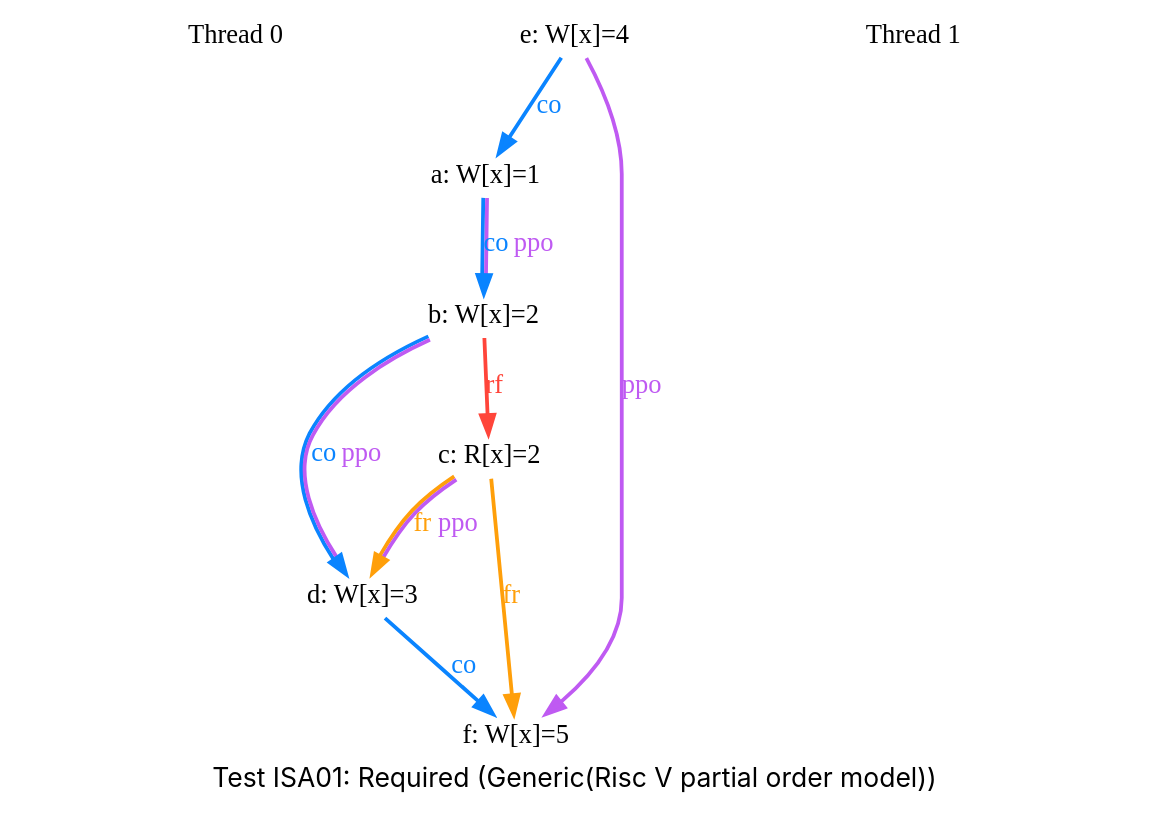
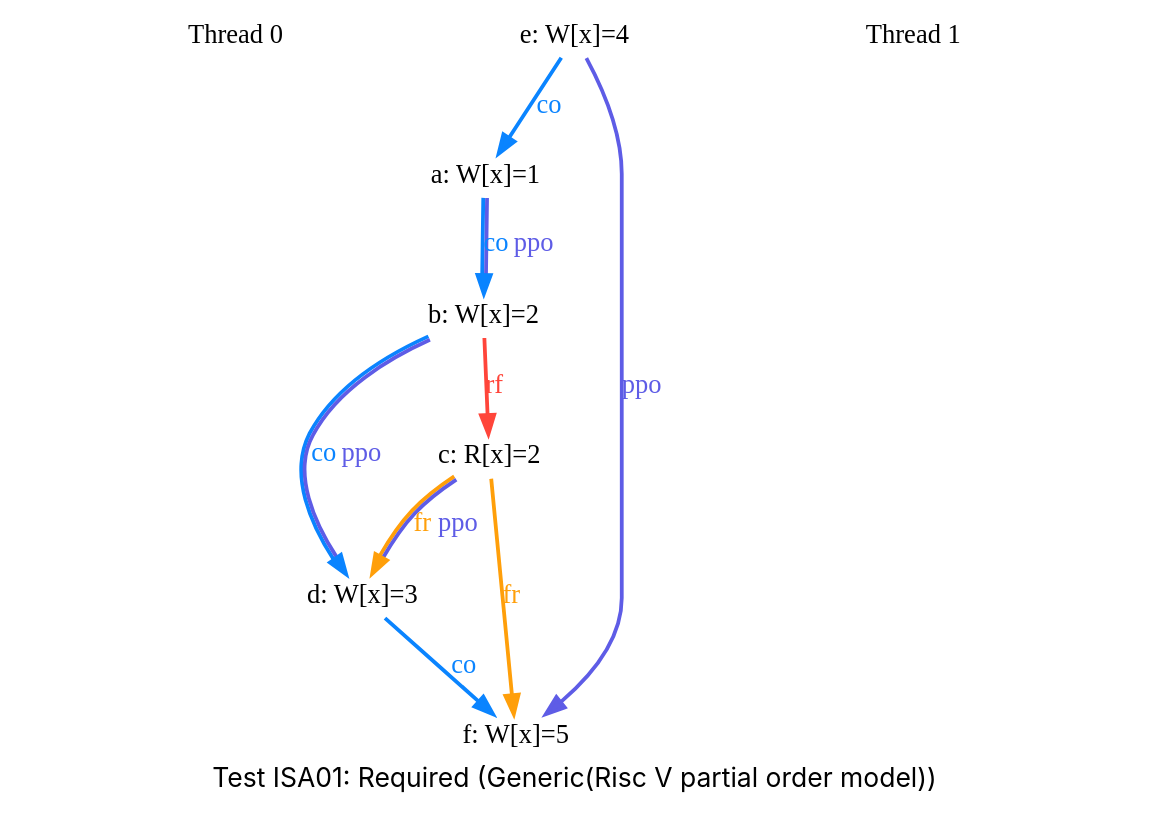
The diagram in docs/example/_assets/images/dark/ISA01/graph_12.dot (jiangshengdev/rcore), drawn with Graphviz before and after one commit. The commit also changed 104 other files, not shown here.

```diff
--- a/docs/example/_assets/images/dark/ISA01/graph_12.dot
+++ b/docs/example/_assets/images/dark/ISA01/graph_12.dot
@@ -1,40 +1,40 @@
 digraph G {
 
 splines=spline;
 pad="0.000000";
 fontname="SF Pro Display";
 
 /* legend */
 fontsize=14;
 label="Test ISA01: Required (Generic(Risc V partial order model))";
 
 
 /* the unlocked events */
 proc0_label_node [shape=none, fontsize=14, label="Thread 0", pos="1.000000,4.050000!", fixedsize=true, width=3.250000, height=0.281250]
 eiid0 [label="a: W[x]=1", shape="none", fontsize=14, pos="1.000000,3.375000!", fixedsize="false", height="0.194444", width="1.166667"];
 eiid1 [label="b: W[x]=2", shape="none", fontsize=14, pos="1.000000,2.250000!", fixedsize="false", height="0.194444", width="1.166667"];
 eiid2 [label="c: R[x]=2", shape="none", fontsize=14, pos="1.000000,1.125000!", fixedsize="false", height="0.194444", width="1.166667"];
 eiid3 [label="d: W[x]=3", shape="none", fontsize=14, pos="1.000000,0.000000!", fixedsize="false", height="0.194444", width="1.166667"];
 proc1_label_node [shape=none, fontsize=14, label="Thread 1", pos="6.000000,4.050000!", fixedsize=true, width=3.250000, height=0.281250]
 eiid4 [label="e: W[x]=4", shape="none", fontsize=14, pos="6.000000,3.375000!", fixedsize="false", height="0.194444", width="1.166667"];
 eiid5 [label="f: W[x]=5", shape="none", fontsize=14, pos="6.000000,2.250000!", fixedsize="false", height="0.194444", width="1.166667"];
 
 /* the intra_causality_data edges */
 
 
 /* the intra_causality_control edges */
 
 /* the poi edges */
 /* the rfmap edges */
 
 
 /* The viewed-before edges */
-eiid0 -> eiid1 [label=<<font color="#0A84FF">co</font><font color="#BF5AF2">ppo</font>>, color="#0A84FF:#BF5AF2", fontsize=14, penwidth="2.000000", arrowsize="1.000000"];
+eiid0 -> eiid1 [label=<<font color="#0A84FF">co</font><font color="#5E5CE6">ppo</font>>, color="#0A84FF:#5E5CE6", fontsize=14, penwidth="2.000000", arrowsize="1.000000"];
 eiid1 -> eiid2 [label=<<font color="#FF453A">rf</font>>, color="#FF453A", fontsize=14, penwidth="2.000000", arrowsize="1.000000"];
-eiid1 -> eiid3 [label=<<font color="#0A84FF">co</font><font color="#BF5AF2">ppo</font>>, color="#0A84FF:#BF5AF2", fontsize=14, penwidth="2.000000", arrowsize="1.000000"];
-eiid2 -> eiid3 [label=<<font color="#FF9F0A">fr</font><font color="#BF5AF2">ppo</font>>, color="#FF9F0A:#BF5AF2", fontsize=14, penwidth="2.000000", arrowsize="1.000000"];
+eiid1 -> eiid3 [label=<<font color="#0A84FF">co</font><font color="#5E5CE6">ppo</font>>, color="#0A84FF:#5E5CE6", fontsize=14, penwidth="2.000000", arrowsize="1.000000"];
+eiid2 -> eiid3 [label=<<font color="#FF9F0A">fr</font><font color="#5E5CE6">ppo</font>>, color="#FF9F0A:#5E5CE6", fontsize=14, penwidth="2.000000", arrowsize="1.000000"];
 eiid2 -> eiid5 [label=<<font color="#FF9F0A">fr</font>>, color="#FF9F0A", fontsize=14, penwidth="2.000000", arrowsize="1.000000"];
 eiid3 -> eiid5 [label=<<font color="#0A84FF">co</font>>, color="#0A84FF", fontsize=14, penwidth="2.000000", arrowsize="1.000000"];
 eiid4 -> eiid0 [label=<<font color="#0A84FF">co</font>>, color="#0A84FF", fontsize=14, penwidth="2.000000", arrowsize="1.000000"];
-eiid4 -> eiid5 [label=<<font color="#BF5AF2">ppo</font>>, color="#BF5AF2", fontsize=14, penwidth="2.000000", arrowsize="1.000000"];
+eiid4 -> eiid5 [label=<<font color="#5E5CE6">ppo</font>>, color="#5E5CE6", fontsize=14, penwidth="2.000000", arrowsize="1.000000"];
 }
```
